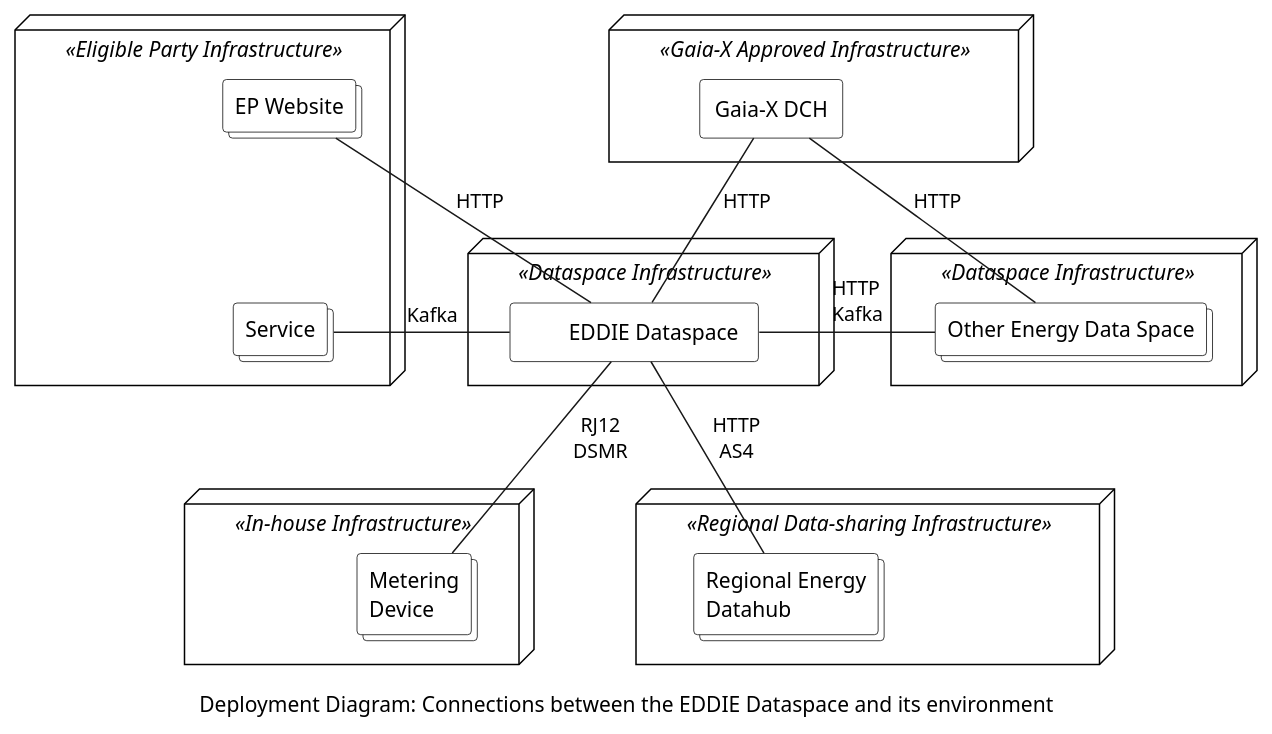
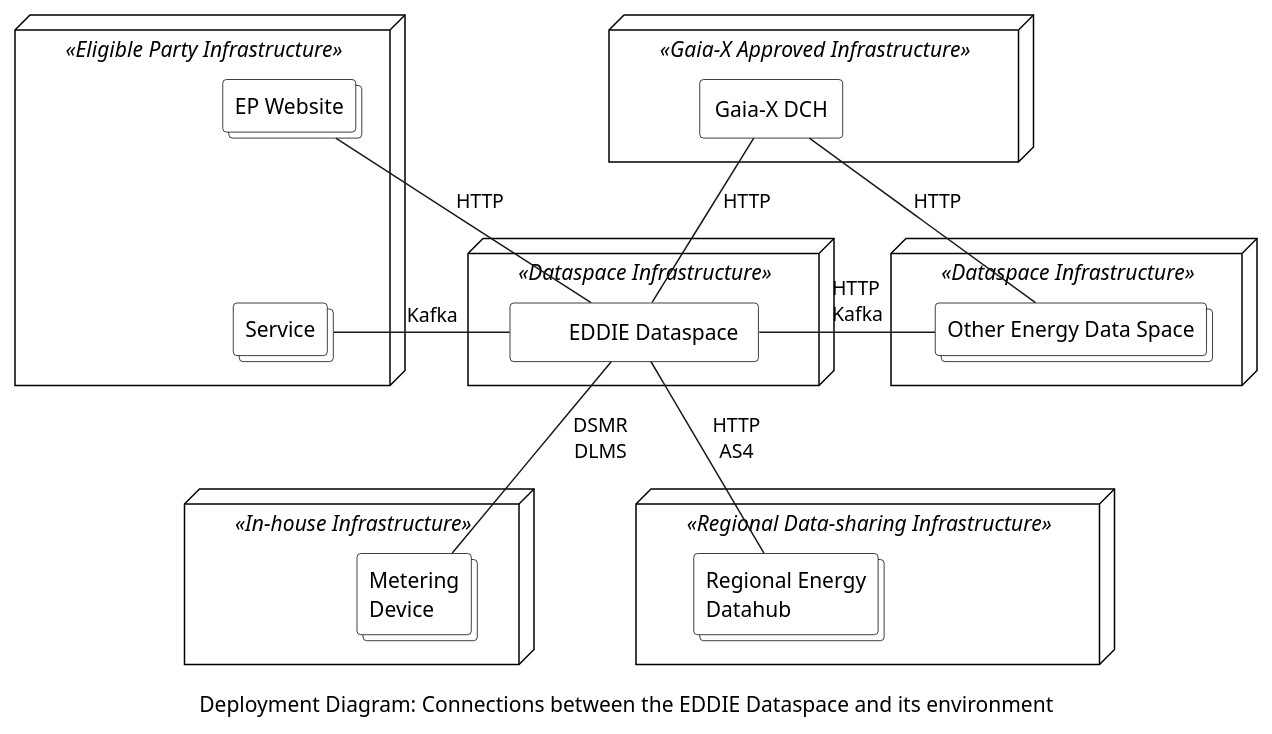
The diagram in arc42/system-scope-and-context/figures/deployment-diagram-dataspace.puml (eddie-energy/architecture), drawn with PlantUML before and after one commit. The commit also changed 2 other files, not shown here.

```diff
--- a/arc42/system-scope-and-context/figures/deployment-diagram-dataspace.puml
+++ b/arc42/system-scope-and-context/figures/deployment-diagram-dataspace.puml
@@ -1,62 +1,62 @@
 @startuml deployment-diagram-dataspace
 'deployment diagram
 caption Deployment Diagram: Connections between the EDDIE Dataspace and its environment 
 
 
 skinparam component{
   BorderColor black
   BackgroundColor transparent
 }
 skinparam package {
   BorderColor black
   BackgroundColor white
 }
 skinparam node{
   BorderColor black
   BackgroundColor transparent
 }
 skinparam collections {
   BorderColor black
   BackgroundColor white
 }
 skinparam rectangle {
   BorderColor black
   BackgroundColor transparent
 }
 
 node <<Eligible Party Infrastructure>> {
   collections "Service" as service
   collections "EP Website" as website
 }
 node <<In-house Infrastructure>> {
   collections "Metering\nDevice" as smartMeter
 }
 node <<Regional Data-sharing Infrastructure>>{
   collections "Regional Energy\nDatahub" as regionalData
 }
 node <<Gaia-X Approved Infrastructure>> {
   rectangle "Gaia-X DCH" as gaiaX
 }
 node <<Dataspace Infrastructure>> {
   rectangle "\tEDDIE Dataspace\t" as eddieDataspace
 }
 node <<Dataspace Infrastructure>> {
   collections "Other Energy Data Space" as otherDataspace
 }
 
 website -[hidden]down- service
 website -right- eddieDataspace : HTTP
 service -right- eddieDataspace : \t Kafka\t
 
 
 gaiaX -down- eddieDataspace : HTTP
 gaiaX -down- otherDataspace : HTTP
 
 eddieDataspace -right- otherDataspace : \t HTTP\t\n\t Kafka\t
 
-eddieDataspace -down- smartMeter : RJ12\nDSMR
+eddieDataspace -down- smartMeter : DSMR\nDLMS
 smartMeter -[hidden]right- regionalData :\t\t\t\t
 eddieDataspace -down- regionalData : HTTP\nAS4
 
 
 @enduml
```
